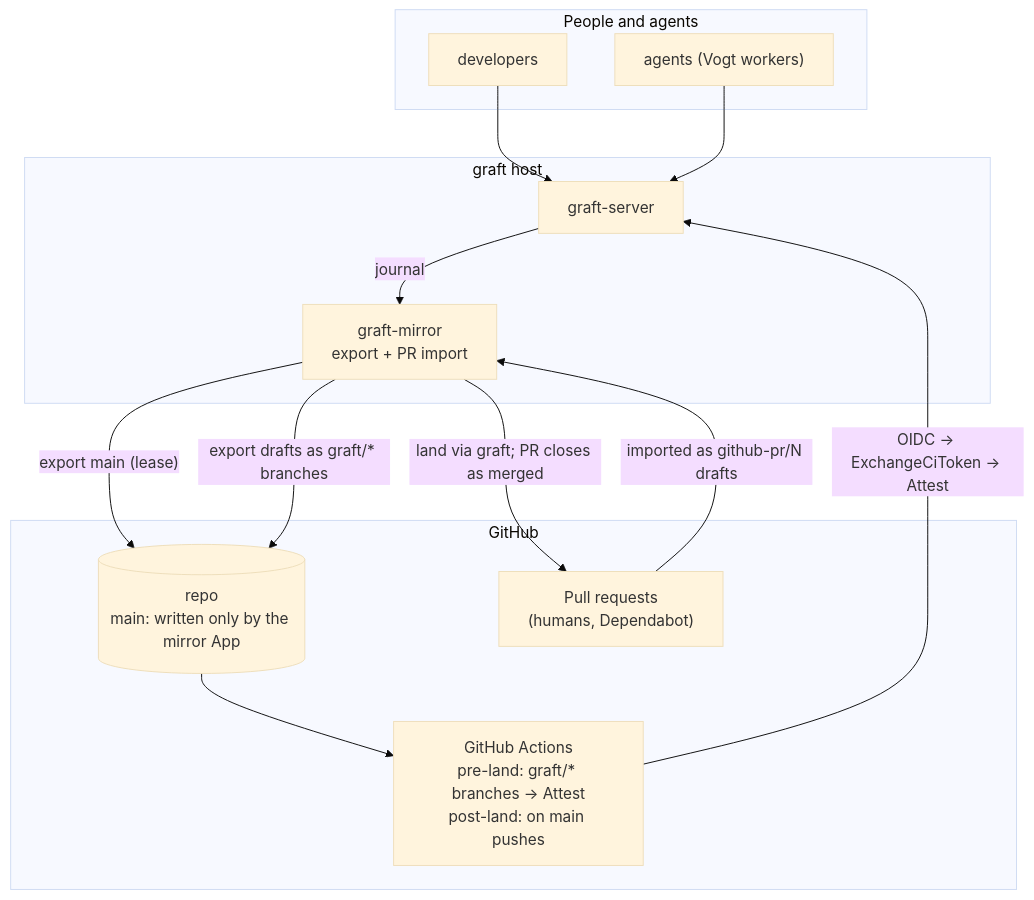
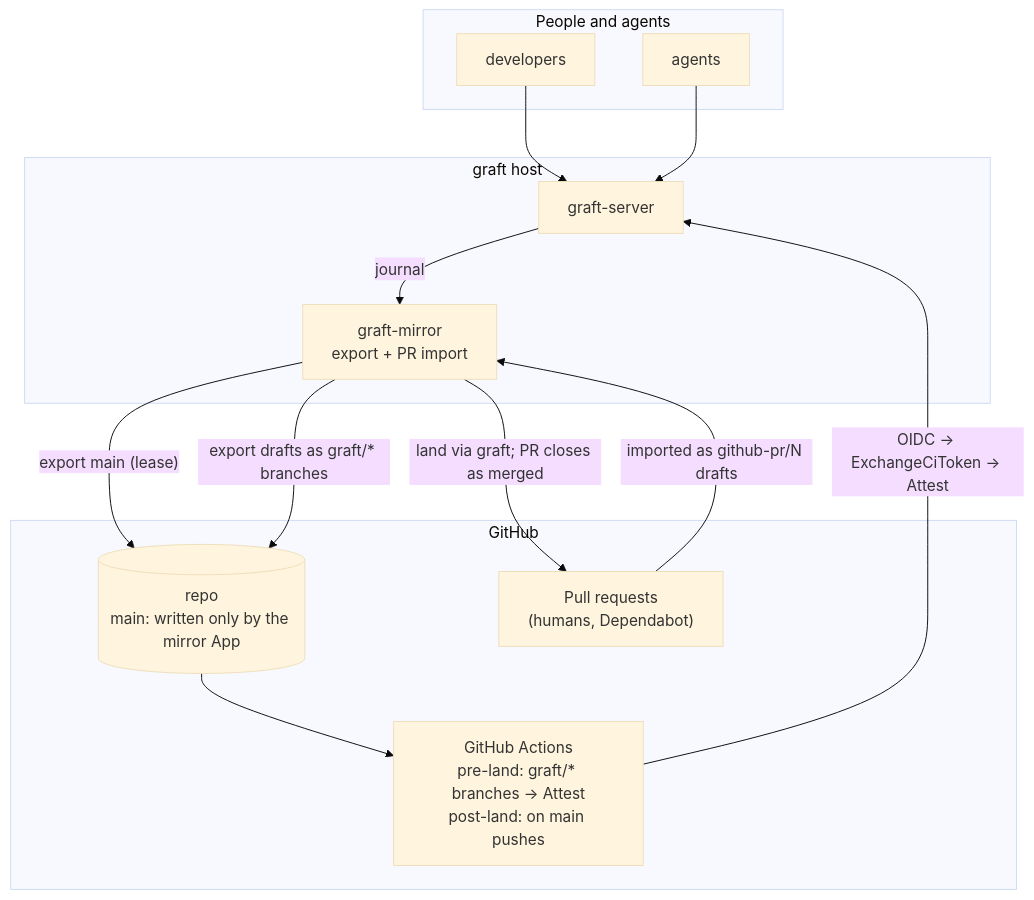
The sixth of 9 diagrams in docs/architecture.md (TheDancingDeveloper-org/graft), drawn with Mermaid (base theme) before and after one commit. The commit also changed other lines of this file and 17 other files, not shown here.

First line of the commit message:
docs: professionalise the user guide, status, roadmap and architecture pages

````diff
--- a/docs/architecture.md
+++ b/docs/architecture.md
@@ -273,27 +272,27 @@
 ```mermaid
 flowchart TB
   subgraph Clients["People and agents"]
     dev["developers"]
-    agents["agents (Vogt workers)"]
+    agents["agents"]
   end
 
   subgraph GraftHost["graft host"]
     srv["graft-server"]
     mir["graft-mirror<br/>export + PR import"]
   end
 
   subgraph GitHub["GitHub"]
     repo[("repo<br/>main: written only by the mirror App")]
     prs["Pull requests<br/>(humans, Dependabot)"]
     gha["GitHub Actions<br/>pre-land: graft/* branches → Attest<br/>post-land: on main pushes"]
   end
 
   dev & agents --> srv
   srv -- "journal" --> mir
   mir -- "export main (lease)" --> repo
   mir -- "export drafts as graft/* branches" --> repo
   repo --> gha
   gha -- "OIDC → ExchangeCiToken → Attest" --> srv
   prs -- "imported as github-pr/N drafts" --> mir
   mir -- "land via graft; PR closes as merged" --> prs
 ```
````
